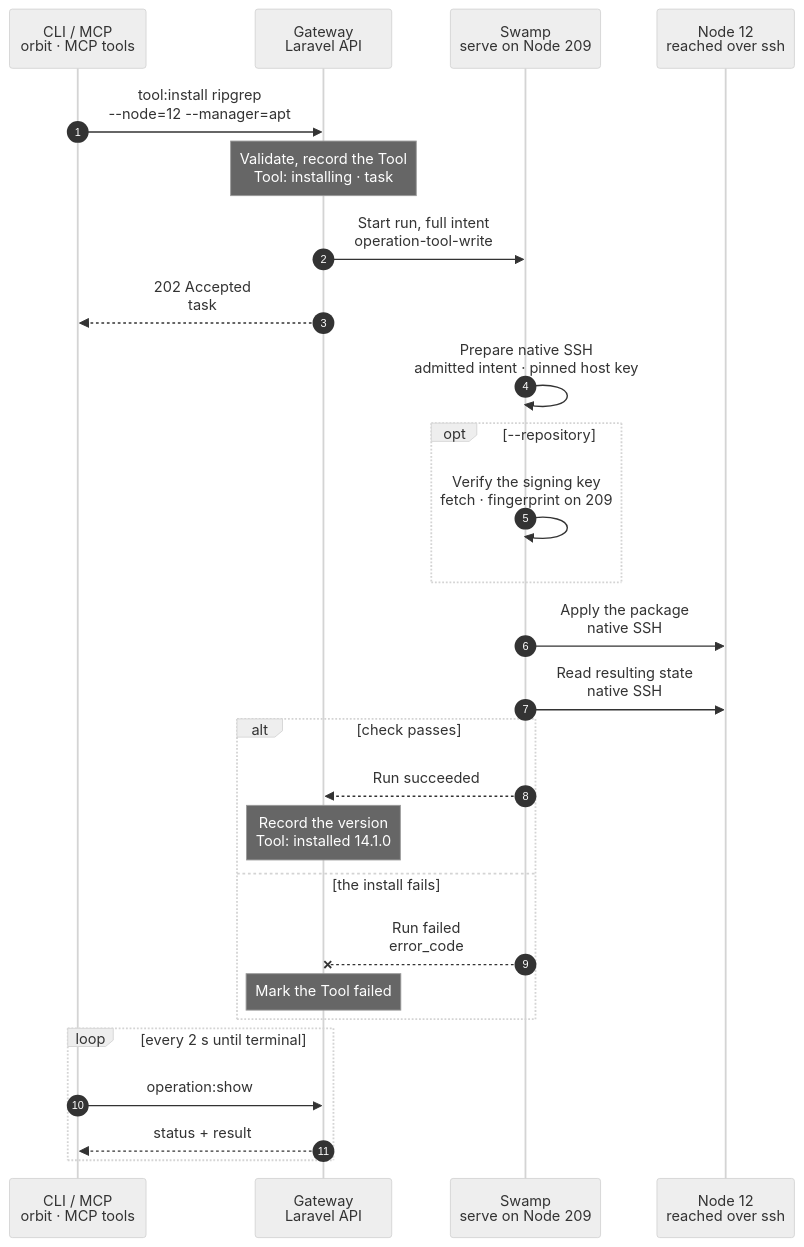
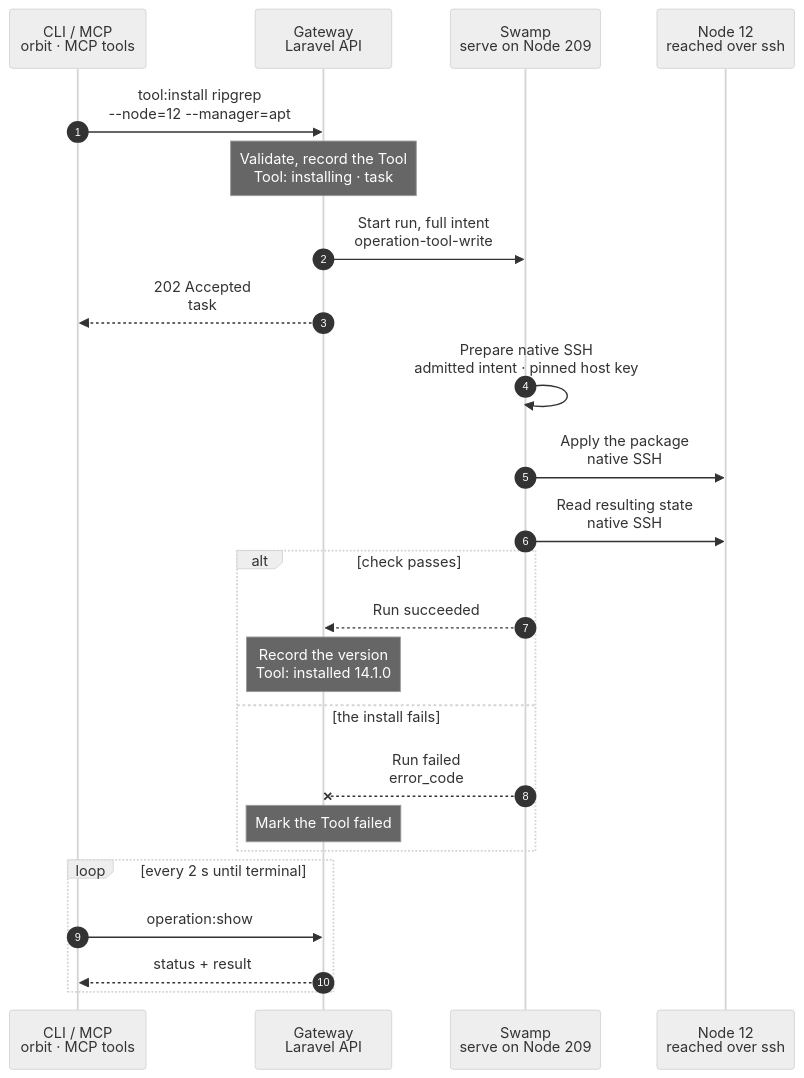
Before and after one commit to hardimpactdev/orbit: the diagram in docs/cli/tool/install.mmd, drawn with Mermaid (neutral theme). The commit also changed 124 other files, not shown here.

First line of the commit message:
Make the apt repository an explicit Node record instead of inferring source trust

```diff
--- a/docs/cli/tool/install.mmd
+++ b/docs/cli/tool/install.mmd
@@ -1,54 +1,50 @@
 sequenceDiagram
   %% docs/reference/tools.md#install-and-update-a-tool
   %% status: draft
   %% command: tool:install
   %% kind: tool.install
   %% Pinned Debian downloads use native SSH curl exit codes for transport-only fallback, then verify the pin before publication.
   autonumber
   %% lane CLI icon=terminal pill=caller tone=gray
   %% lane GW icon=gateway pill=intent tone=blue
   %% lane SW icon=workflow pill=executes tone=green
   %% lane N icon=server pill=target tone=amber
   participant CLI as CLI / MCP<br/>orbit · MCP tools
   participant GW as Gateway<br/>Laravel API
   participant SW as Swamp<br/>serve on Node 209
   participant N as Node 12<br/>reached over ssh
   CLI->>GW: tool:install ripgrep<br/>--node=12 --manager=apt
   %%> Command:
   %%> - `orbit tool:install ripgrep --node=12 --manager=apt`
-  %%> - syntax: `[package] --node=ID [--manager=MANAGER] [--tool-version=VERSION] [--constraint=CONSTRAINT] [--repository=JSON] [--idempotency-key=KEY] [--json]`
+  %%> - syntax: `[package] --node=ID [--manager=MANAGER] [--tool-version=VERSION] [--constraint=CONSTRAINT] [--repository=NAME] [--idempotency-key=KEY] [--json]`
   Note over GW: Validate, record the Tool<br/>Tool: installing · task #5133
   %%> Requirements:
   %%> - your Node has an access grant to Node 12; the manager runs on its platform
   %%> - the package is not a recipe package of Node 12's roles
   %%> - file mode requires a catalog entry and refuses overrides; database mode accepts an exact desired version
+  %%> - `--repository` names a ready apt repository of Node 12 (`tool.repository_missing`, `tool.repository_not_ready`); the install never publishes it
   %%> - `conn-server` on a configured host records membership and the desired release without a Swamp run; an explicit rollout applies it
   GW->>SW: Start run, full intent<br/>operation-tool-write
   GW-->>CLI: 202 Accepted<br/>task #5133
   SW->>SW: Prepare native SSH<br/>admitted intent · pinned host key
-  opt --repository
-    SW->>SW: Verify the signing key<br/>fetch · fingerprint on 209
-    %%> Why on 209:
-    %%> - a wrong key stops the run before Node 12 is touched
-  end
   SW->>N: Apply the package<br/>native SSH
   %%> Scope:
   %%> - direct writes share admission and candidate policy with convergence, but use the native SSH workflow, not an Ansible phase
   %%> - only this Tool can change
-  %%> - an apt source's preferences hold only owned Tools until this Tool is verified; then they name the confirmed source's origins alone
+  %%> - a repository's preference holds only owned Tools until this Tool is verified installed from it; then it adds this Tool
   %%> Version:
   %%> - select the exact admitted version, or the manager's candidate for an unpinned database Tool; check the constraint before writing
   SW->>N: Read resulting state<br/>native SSH
   alt check passes
     SW-->>GW: Run succeeded
     Note over GW: Record the version<br/>Tool: installed 14.1.0
   else the install fails
     SW--xGW: Run failed<br/>error_code
     %%> On failure:
     %%> - a Tool that needs another version of a held recipe package fails with `tool.recipe_conflict`; role software stays as tested
     Note over GW: Mark the Tool failed
   end
   loop every 2 s until terminal
     CLI->>GW: operation:show #5133
     GW-->>CLI: status + result
   end
```
